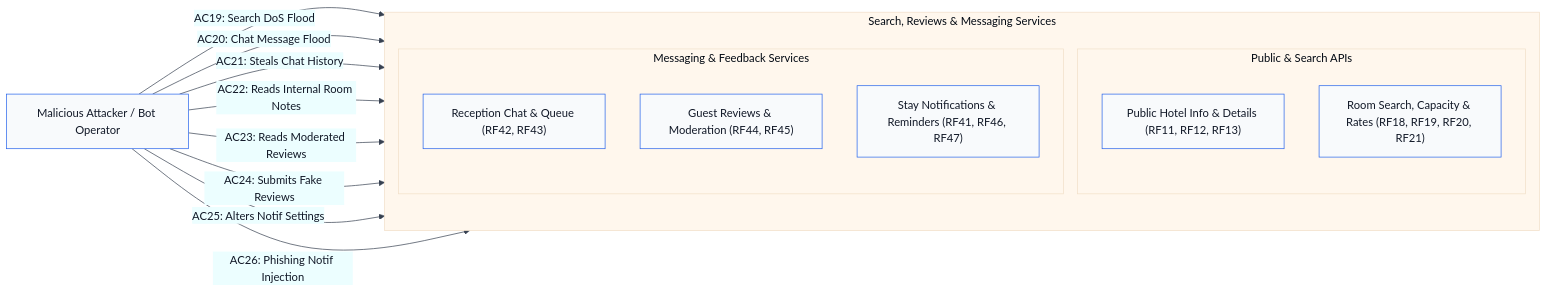
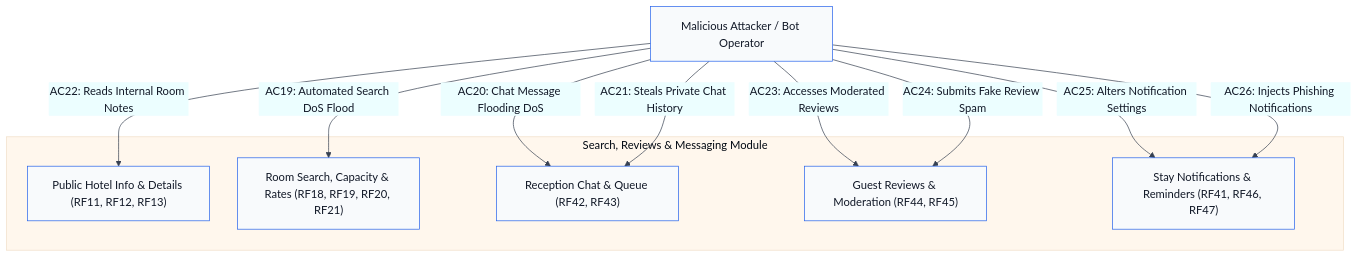
Before and after one commit to yIuriy/HospedaTche: the diagram in artifacts/diagrams/search-messaging-abuse-cases.mmd, drawn with Mermaid.

Commit message:
Refine layout and visual styling of search messaging abuse cases diagram

```diff
--- a/artifacts/diagrams/search-messaging-abuse-cases.mmd
+++ b/artifacts/diagrams/search-messaging-abuse-cases.mmd
@@ -1,41 +1,36 @@
 %%{init: {
   "theme": "base",
   "flowchart": {
-    "curve": "basis",
-    "nodeSpacing": 50,
-    "rankSpacing": 80
+    "curve": "smooth",
+    "nodeSpacing": 40,
+    "rankSpacing": 60
   },
   "themeVariables": {
     "primaryColor": "#f8fafc",
     "primaryTextColor": "#111827",
     "primaryBorderColor": "#2563eb",
     "lineColor": "#374151",
     "secondaryColor": "#ecfeff",
     "tertiaryColor": "#fff7ed",
     "fontFamily": "Arial"
   }
 }}%%
-flowchart LR
+flowchart TD
     Attacker[Malicious Attacker / Bot Operator]
 
-    subgraph ModuleServices["Search, Reviews & Messaging Services"]
-        direction TB
-        subgraph TopRow["Public & Search APIs"]
-            PublicInfoAPI["Public Hotel Info & Details (RF11, RF12, RF13)"]
-            SearchAPI["Room Search, Capacity & Rates (RF18, RF19, RF20, RF21)"]
-        end
-        subgraph BottomRow["Messaging & Feedback Services"]
-            ChatService["Reception Chat & Queue (RF42, RF43)"]
-            ReviewService["Guest Reviews & Moderation (RF44, RF45)"]
-            NotifService["Stay Notifications & Reminders (RF41, RF46, RF47)"]
-        end
+    subgraph SearchMessagingModule["Search, Reviews & Messaging Module"]
+        PublicInfoAPI["Public Hotel Info & Details (RF11, RF12, RF13)"]
+        SearchAPI["Room Search, Capacity & Rates (RF18, RF19, RF20, RF21)"]
+        ChatService["Reception Chat & Queue (RF42, RF43)"]
+        ReviewService["Guest Reviews & Moderation (RF44, RF45)"]
+        NotifService["Stay Notifications & Reminders (RF41, RF46, RF47)"]
     end
 
-    Attacker -->|AC19: Search DoS Flood| SearchAPI
-    Attacker -->|AC20: Chat Message Flood| ChatService
-    Attacker -->|AC21: Steals Chat History| ChatService
+    Attacker -->|AC19: Automated Search DoS Flood| SearchAPI
+    Attacker -->|AC20: Chat Message Flooding DoS| ChatService
+    Attacker -->|AC21: Steals Private Chat History| ChatService
     Attacker -->|AC22: Reads Internal Room Notes| PublicInfoAPI
-    Attacker -->|AC23: Reads Moderated Reviews| ReviewService
-    Attacker -->|AC24: Submits Fake Reviews| ReviewService
-    Attacker -->|AC25: Alters Notif Settings| NotifService
-    Attacker -->|AC26: Phishing Notif Injection| NotifService
+    Attacker -->|AC23: Accesses Moderated Reviews| ReviewService
+    Attacker -->|AC24: Submits Fake Review Spam| ReviewService
+    Attacker -->|AC25: Alters Notification Settings| NotifService
+    Attacker -->|AC26: Injects Phishing Notifications| NotifService
```
